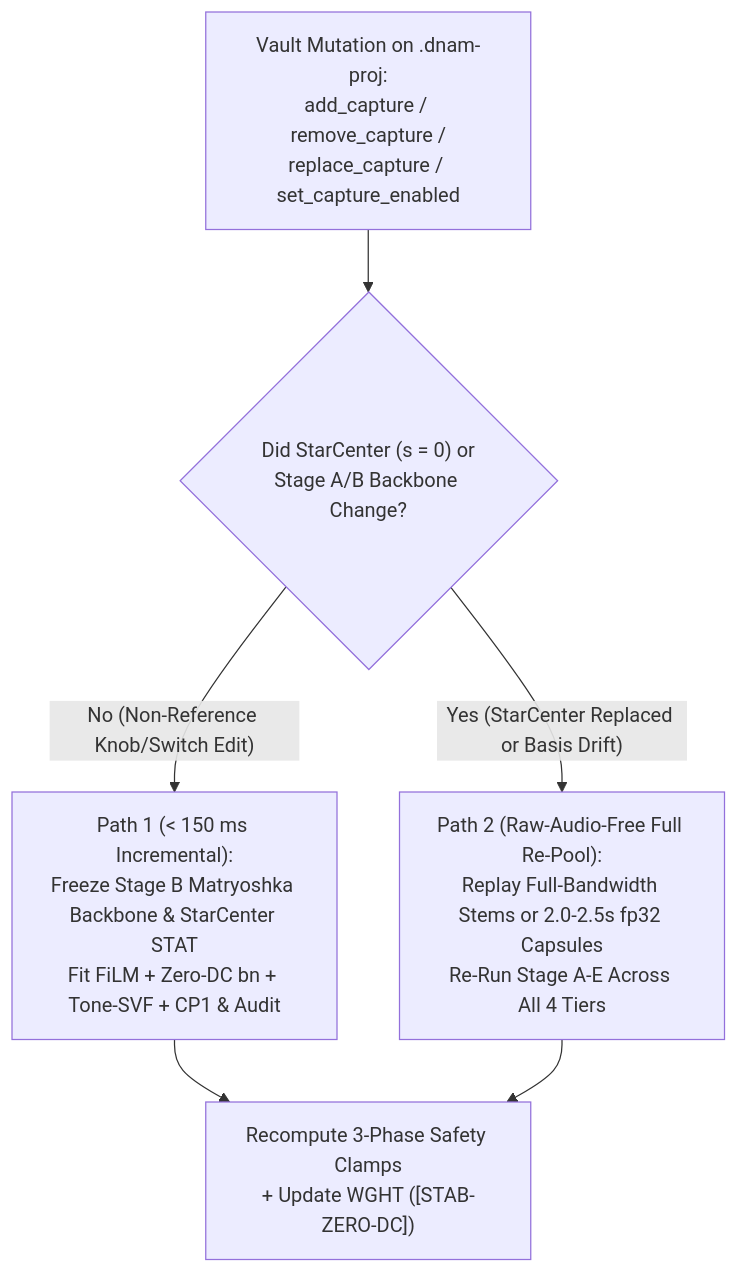
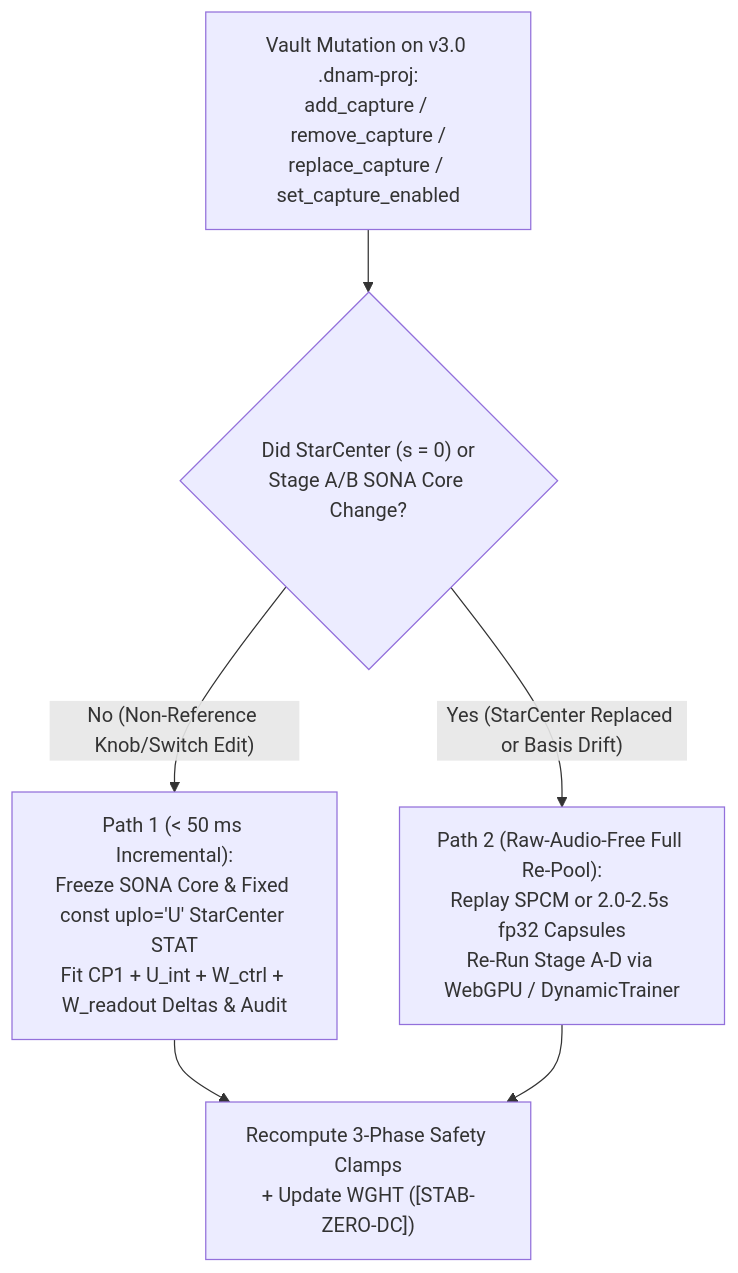
The diagram in docs/specs/training/iterative_resume_and_caching.md (mokugen/dnam), drawn with Mermaid before and after one commit. The commit also changed other lines of this file and 99 other files, not shown here.

Commit message:
docs(specs): cut over canonical architecture and v3.0 specs to SONA + WebGPU

````diff
--- a/docs/specs/training/iterative_resume_and_caching.md
+++ b/docs/specs/training/iterative_resume_and_caching.md
@@ -30,8 +30,8 @@
 ```mermaid
 flowchart TD
-    Edit["Vault Mutation on .dnam-proj:<br/>add_capture / remove_capture /<br/>replace_capture / set_capture_enabled"] --> Gate{"Did StarCenter (s = 0) or<br/>Stage A/B Backbone Change?"}
-    Gate -- "No (Non-Reference Knob/Switch Edit)" --> Fast["Path 1 (< 150 ms Incremental):<br/>Freeze Stage B Matryoshka Backbone & StarCenter STAT<br/>Fit FiLM + Zero-DC bn + Tone-SVF + CP1 & Audit"]
-    Gate -- "Yes (StarCenter Replaced or Basis Drift)" --> Full["Path 2 (Raw-Audio-Free Full Re-Pool):<br/>Replay Full-Bandwidth Stems or 2.0-2.5s fp32 Capsules<br/>Re-Run Stage A-E Across All 4 Tiers"]
+    Edit["Vault Mutation on v3.0 .dnam-proj:<br/>add_capture / remove_capture /<br/>replace_capture / set_capture_enabled"] --> Gate{"Did StarCenter (s = 0) or<br/>Stage A/B SONA Core Change?"}
+    Gate -- "No (Non-Reference Knob/Switch Edit)" --> Fast["Path 1 (< 50 ms Incremental):<br/>Freeze SONA Core & Fixed const uplo='U' StarCenter STAT<br/>Fit CP1 + U_int + W_ctrl + W_readout Deltas & Audit"]
+    Gate -- "Yes (StarCenter Replaced or Basis Drift)" --> Full["Path 2 (Raw-Audio-Free Full Re-Pool):<br/>Replay SPCM or 2.0-2.5s fp32 Capsules<br/>Re-Run Stage A-D via WebGPU / DynamicTrainer"]
     Fast --> Audit["Recompute 3-Phase Safety Clamps<br/>+ Update WGHT ([STAB-ZERO-DC])"]
     Full --> Audit
 ```
````
